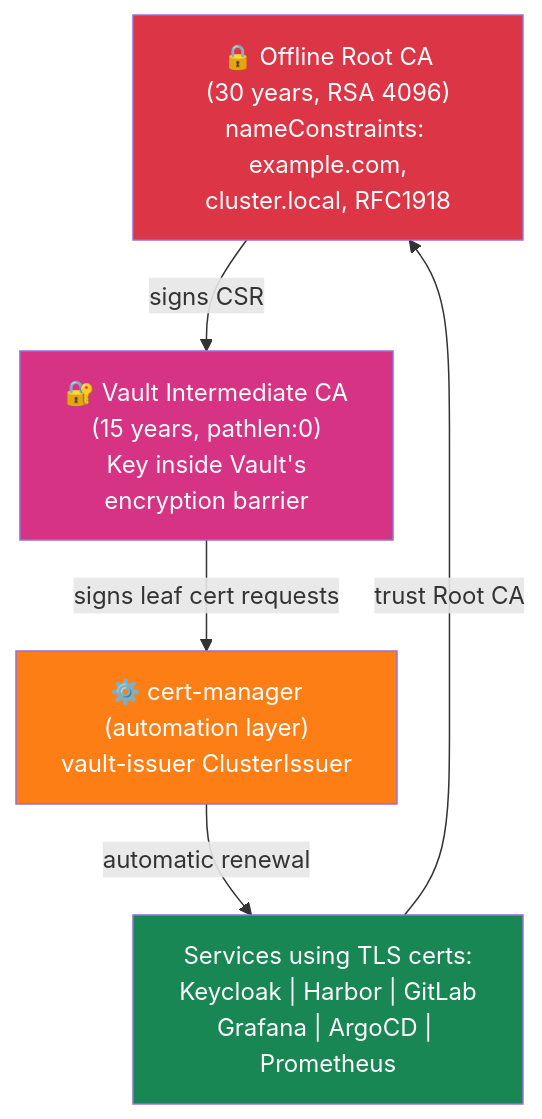
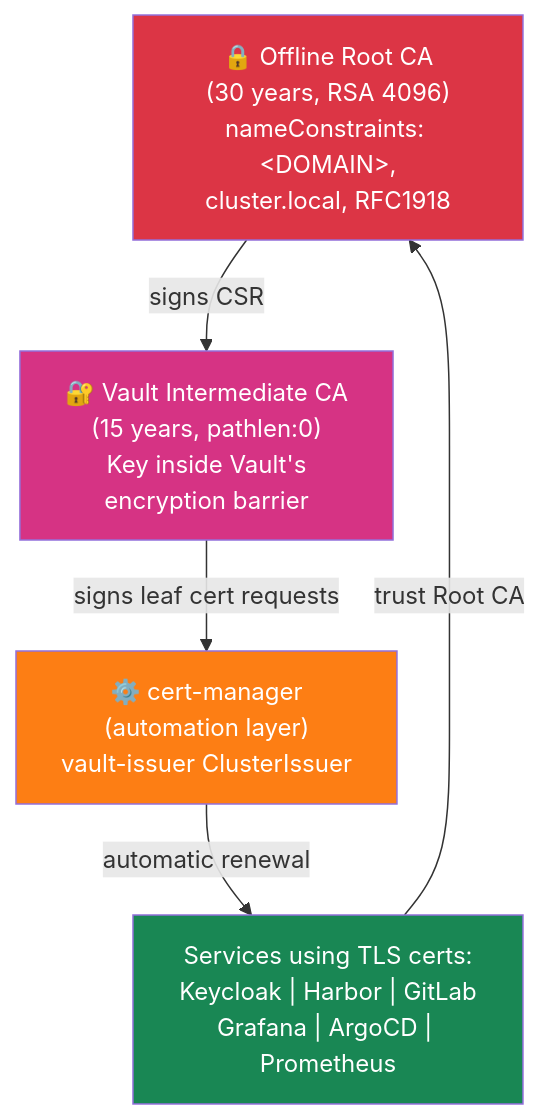
One commit to derhornspieler/harvester-rke2-svcs changed the diagram in docs/architecture/pki-certificates.md. Above: the diagram before and after it, drawn with Mermaid. The commit also changed other lines of this file and 8 other files, not shown here.

First line of the commit message:
fix: sanitize domains, rename headings, add decision tree and Splunk roadmap

````diff
--- a/docs/architecture/pki-certificates.md
+++ b/docs/architecture/pki-certificates.md
@@ -13,21 +13,21 @@
 ```mermaid
 graph TD
-    RootCA["🔒 Offline Root CA<br/>(30 years, RSA 4096)<br/>nameConstraints: example.com,<br/>cluster.local, RFC1918"]
+    RootCA["🔒 Offline Root CA<br/>(30 years, RSA 4096)<br/>nameConstraints: &lt;DOMAIN&gt;,<br/>cluster.local, RFC1918"]
 
     VaultCA["🔐 Vault Intermediate CA<br/>(15 years, pathlen:0)<br/>Key inside Vault's<br/>encryption barrier"]
 
     CertMgr["⚙️ cert-manager<br/>(automation layer)<br/>vault-issuer ClusterIssuer"]
 
     Services["Services using TLS certs:<br/>Keycloak | Harbor | GitLab<br/>Grafana | ArgoCD | Prometheus"]
 
     RootCA -->|signs CSR| VaultCA
     VaultCA -->|signs leaf cert requests| CertMgr
     CertMgr -->|automatic renewal| Services
 
     Services -->|trust Root CA| RootCA
 
     style RootCA fill:#dc3545,color:#fff
     style VaultCA fill:#d63384,color:#fff
     style CertMgr fill:#fd7e14,color:#fff
     style Services fill:#198754,color:#fff
 ```
````
